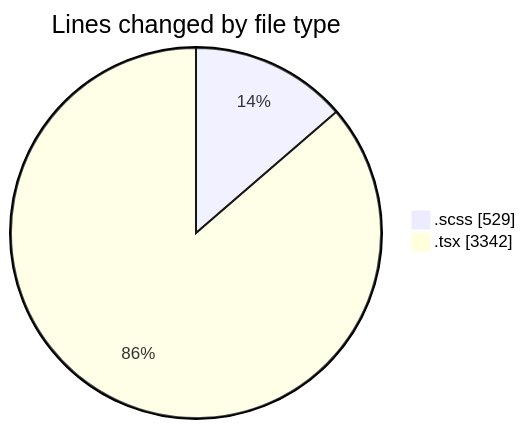
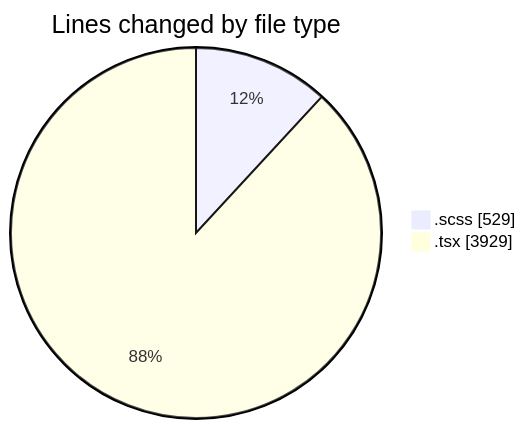
The first of 2 diagrams in 2025-08-28/cda/README.md (momahboobian/code-tracking), drawn with Mermaid before and after one commit. The commit also changed other lines of this file and 1 other file, not shown here.

````diff
--- a/2025-08-28/cda/README.md
+++ b/2025-08-28/cda/README.md
@@ -28,6 +28,6 @@
 ```mermaid
 pie showData
 title Lines changed by file type
 ".scss" : 529
-".tsx" : 3342
+".tsx" : 3929
 ```
````
